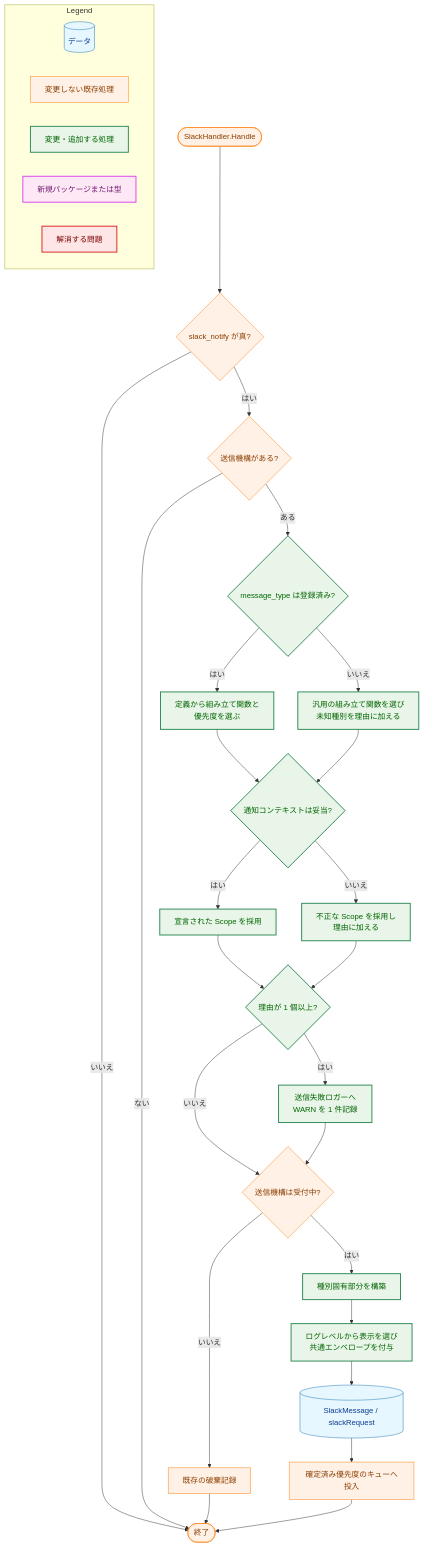
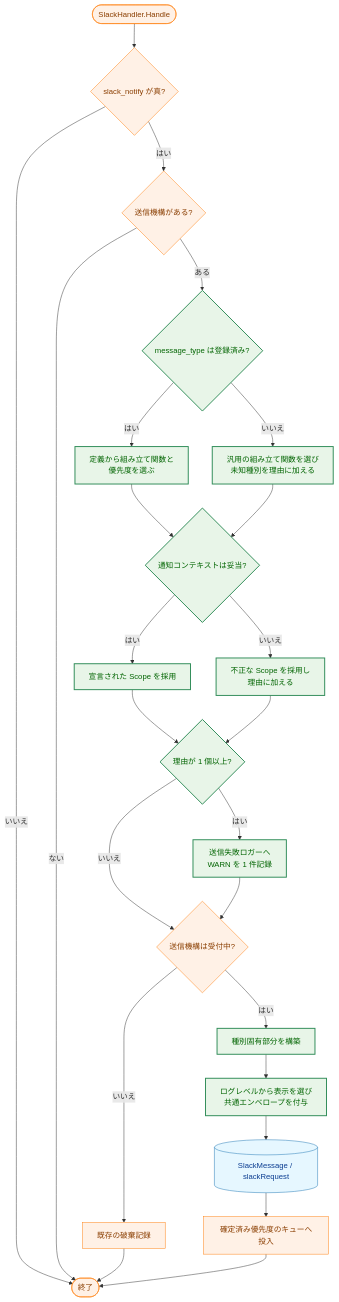
The ninth of 10 diagrams in docs/tasks/0172_slack_notification_message_unification/02_architecture.md (isseis/go-safe-cmd-runner), drawn with Mermaid before and after one commit. The commit also changed other lines of this file, not shown here.

````diff
--- a/docs/tasks/0172_slack_notification_message_unification/02_architecture.md
+++ b/docs/tasks/0172_slack_notification_message_unification/02_architecture.md
@@ -602,65 +644,53 @@
 ```mermaid
 flowchart TD
     classDef data fill:#e6f7ff,stroke:#1f77b4,stroke-width:1px,color:#0b3d91;
     classDef process fill:#fff1e6,stroke:#ff7f0e,stroke-width:1px,color:#8a3e00;
     classDef enhanced fill:#e8f5e8,stroke:#2e8b57,stroke-width:2px,color:#006400;
-    classDef newpkg fill:#ffe8f5,stroke:#d946ef,stroke-width:2px,color:#701a75;
-    classDef problem fill:#ffe6e6,stroke:#d62728,stroke-width:2px,color:#7b0000;
 
     START(["SlackHandler.Handle"])
     NOTIFY{"slack_notify が真?"}
     NOSENDER{"送信機構がある?"}
     LOOKUP{"message_type は登録済み?"}
     DEF["定義から組み立て関数と<br>優先度を選ぶ"]
     GENERIC["汎用の組み立て関数を選び<br>未知種別を理由に加える"]
     SCOPE{"通知コンテキストは妥当?"}
     VALID["宣言された Scope を採用"]
     INVALID["不正な Scope を採用し<br>理由に加える"]
     WARNLOG{"理由が 1 個以上?"}
     EMITWARN["送信失敗ロガーへ<br>WARN を 1 件記録"]
     CLOSED{"送信機構は受付中?"}
     DROP["既存の破棄記録"]
     BUILD["種別固有部分を構築"]
     ENVELOPE["ログレベルから表示を選び<br>共通エンベロープを付与"]
     QUEUE["確定済み優先度のキューへ投入"]
     DONE(["終了"])
     RECORD[("SlackMessage / slackRequest")]
 
     START --> NOTIFY
     NOTIFY -->|"いいえ"| DONE
     NOTIFY -->|"はい"| NOSENDER
     NOSENDER -->|"ない"| DONE
     NOSENDER -->|"ある"| LOOKUP
     LOOKUP -->|"はい"| DEF
     LOOKUP -->|"いいえ"| GENERIC
     DEF --> SCOPE
     GENERIC --> SCOPE
     SCOPE -->|"はい"| VALID
     SCOPE -->|"いいえ"| INVALID
     VALID --> WARNLOG
     INVALID --> WARNLOG
     WARNLOG -->|"はい"| EMITWARN
     WARNLOG -->|"いいえ"| CLOSED
     EMITWARN --> CLOSED
     CLOSED -->|"いいえ"| DROP
     CLOSED -->|"はい"| BUILD
     BUILD --> ENVELOPE
     ENVELOPE --> RECORD
     RECORD --> QUEUE
     DROP --> DONE
     QUEUE --> DONE
 
-    subgraph Legend["Legend"]
-        L1[("データ")]
-        L2["変更しない既存処理"]
-        L3["変更・追加する処理"]
-        L4["新規パッケージまたは型"]
-        L5["解消する問題"]
-    end
-
-    class RECORD,L1 data
-    class START,NOTIFY,NOSENDER,CLOSED,DROP,QUEUE,DONE,L2 process
-    class LOOKUP,DEF,GENERIC,SCOPE,VALID,INVALID,WARNLOG,EMITWARN,BUILD,ENVELOPE,L3 enhanced
-    class L4 newpkg
-    class L5 problem
+    class RECORD data
+    class START,NOTIFY,NOSENDER,CLOSED,DROP,QUEUE,DONE process
+    class LOOKUP,DEF,GENERIC,SCOPE,VALID,INVALID,WARNLOG,EMITWARN,BUILD,ENVELOPE enhanced
 ```
````
